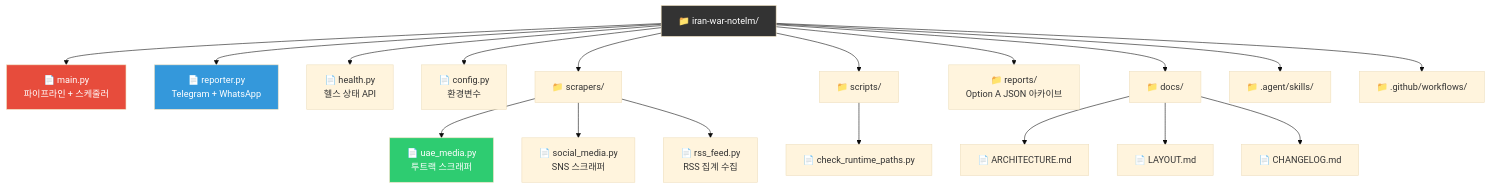
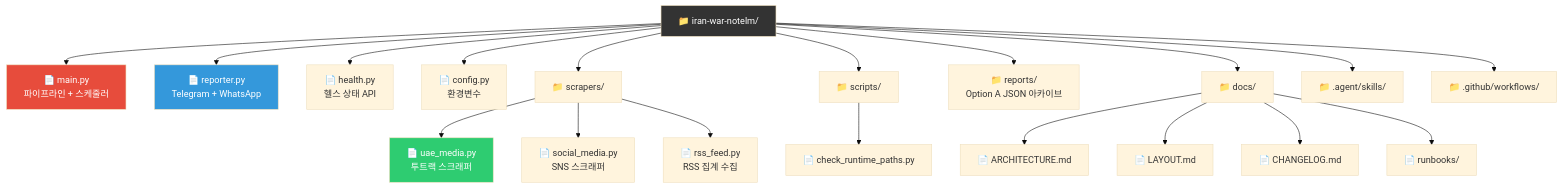
The second of 3 diagrams in README.md (macho715/iran-war-notelm), drawn with Mermaid (base theme) before and after one commit. The commit also changed other lines of this file and 9 other files, not shown here.

````diff
--- a/README.md
+++ b/README.md
@@ -183,28 +183,29 @@
 ```mermaid
 graph TD
     Root["📁 iran-war-notelm/"]
     Root --> Main["📄 main.py\n파이프라인 + 스케줄러"]
     Root --> Reporter["📄 reporter.py\nTelegram + WhatsApp"]
     Root --> Health["📄 health.py\n헬스 상태 API"]
     Root --> Config["📄 config.py\n환경변수"]
     Root --> Scrapers["📁 scrapers/"]
     Root --> Scripts["📁 scripts/"]
     Root --> Reports["📁 reports/\nOption A JSON 아카이브"]
     Root --> Docs["📁 docs/"]
     Root --> Agent["📁 .agent/skills/"]
     Root --> Github["📁 .github/workflows/"]
 
     Scrapers --> UAE["📄 uae_media.py\n투트랙 스크래퍼"]
     Scrapers --> Social["📄 social_media.py\nSNS 스크래퍼"]
     Scrapers --> RSS["📄 rss_feed.py\nRSS 집계 수집"]
     Scripts --> PathDiag["📄 check_runtime_paths.py"]
 
     Docs --> Arch["📄 ARCHITECTURE.md"]
     Docs --> Layout["📄 LAYOUT.md"]
     Docs --> CL["📄 CHANGELOG.md"]
+    Docs --> Runbooks["📄 runbooks/"]
 
     style Root fill:#333,color:#fff
     style Main fill:#e74c3c,color:#fff
     style Reporter fill:#3498db,color:#fff
     style UAE fill:#2ecc71,color:#fff
 ```
````
